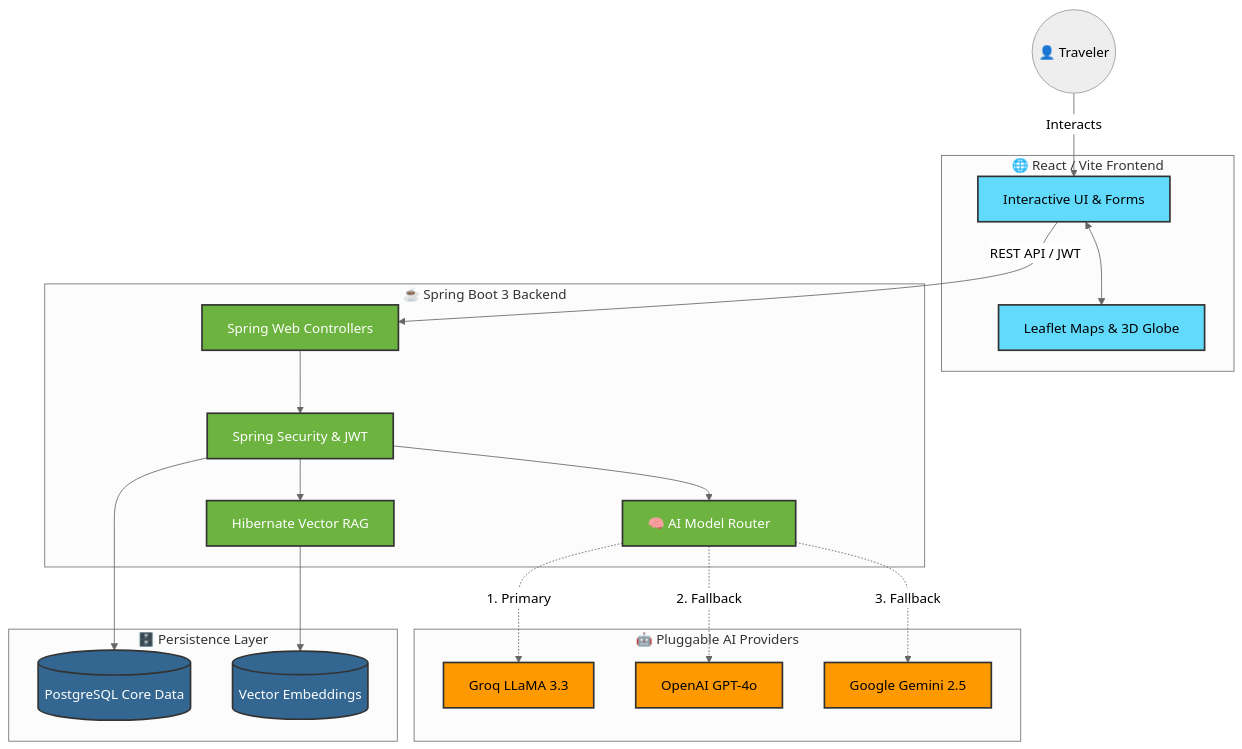
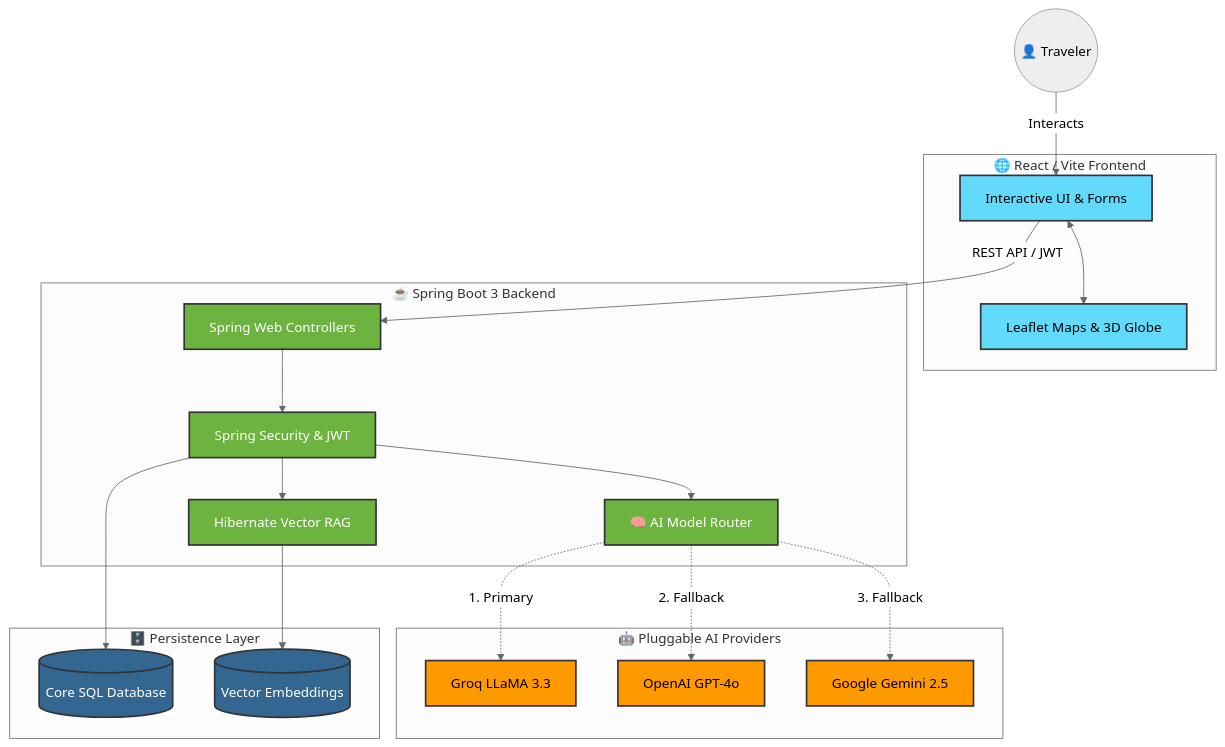
Before and after one commit to AbdulKalamU/Ai-tinerary: the diagram in README.md, drawn with Mermaid (neutral theme). The commit also changed other lines of this file, not shown here.

````diff
--- a/README.md
+++ b/README.md
@@ -21,47 +28,46 @@
 ```mermaid
 graph TD
-    %% Define Styles
     classDef client fill:#61dafb,stroke:#333,stroke-width:2px,color:#000
     classDef server fill:#6db33f,stroke:#333,stroke-width:2px,color:#fff
     classDef ai fill:#ff9900,stroke:#333,stroke-width:2px,color:#000
     classDef db fill:#336791,stroke:#333,stroke-width:2px,color:#fff
 
     User((👤 Traveler)) -->|Interacts| UI
     
     subgraph Frontend [🌐 React / Vite Frontend]
         UI[Interactive UI & Forms]:::client
         Maps[Leaflet Maps & 3D Globe]:::client
         UI <--> Maps
     end
     
     UI -->|REST API / JWT| API
     
     subgraph Backend [☕ Spring Boot 3 Backend]
         API[Spring Web Controllers]:::server
         Security[Spring Security & JWT]:::server
         Router[🧠 AI Model Router]:::server
         RAG[Hibernate Vector RAG]:::server
     end
     
     API --> Security
     Security --> Router
     Security --> RAG
     
     subgraph AI [🤖 Pluggable AI Providers]
         Groq[Groq LLaMA 3.3]:::ai
         OpenAI[OpenAI GPT-4o]:::ai
         Gemini[Google Gemini 2.5]:::ai
     end
     
     Router -.->|1. Primary| Groq
     Router -.->|2. Fallback| OpenAI
     Router -.->|3. Fallback| Gemini
     
     subgraph Database [🗄️ Persistence Layer]
-        SQL[(PostgreSQL Core Data)]:::db
+        SQL[(Core SQL Database)]:::db
         Vector[(Vector Embeddings)]:::db
     end
     
     Security --> SQL
     RAG --> Vector
 ```
````
